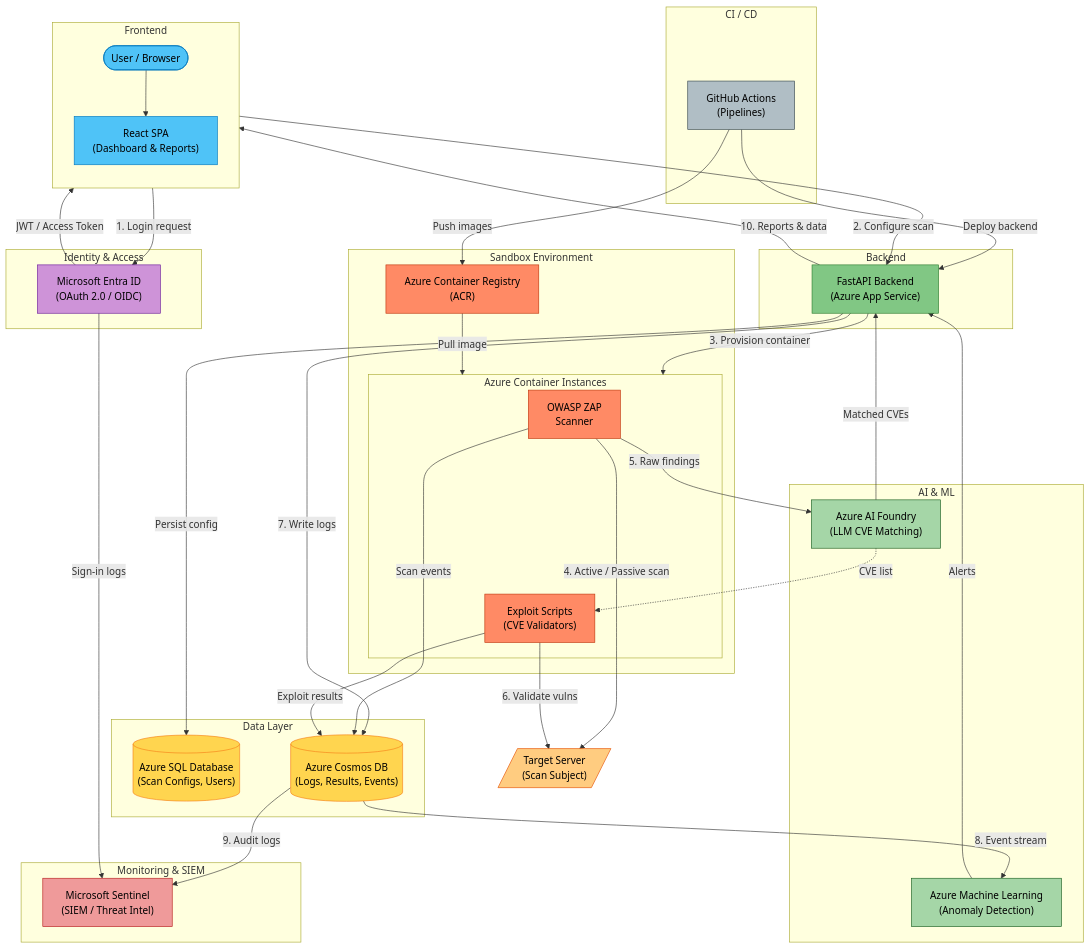
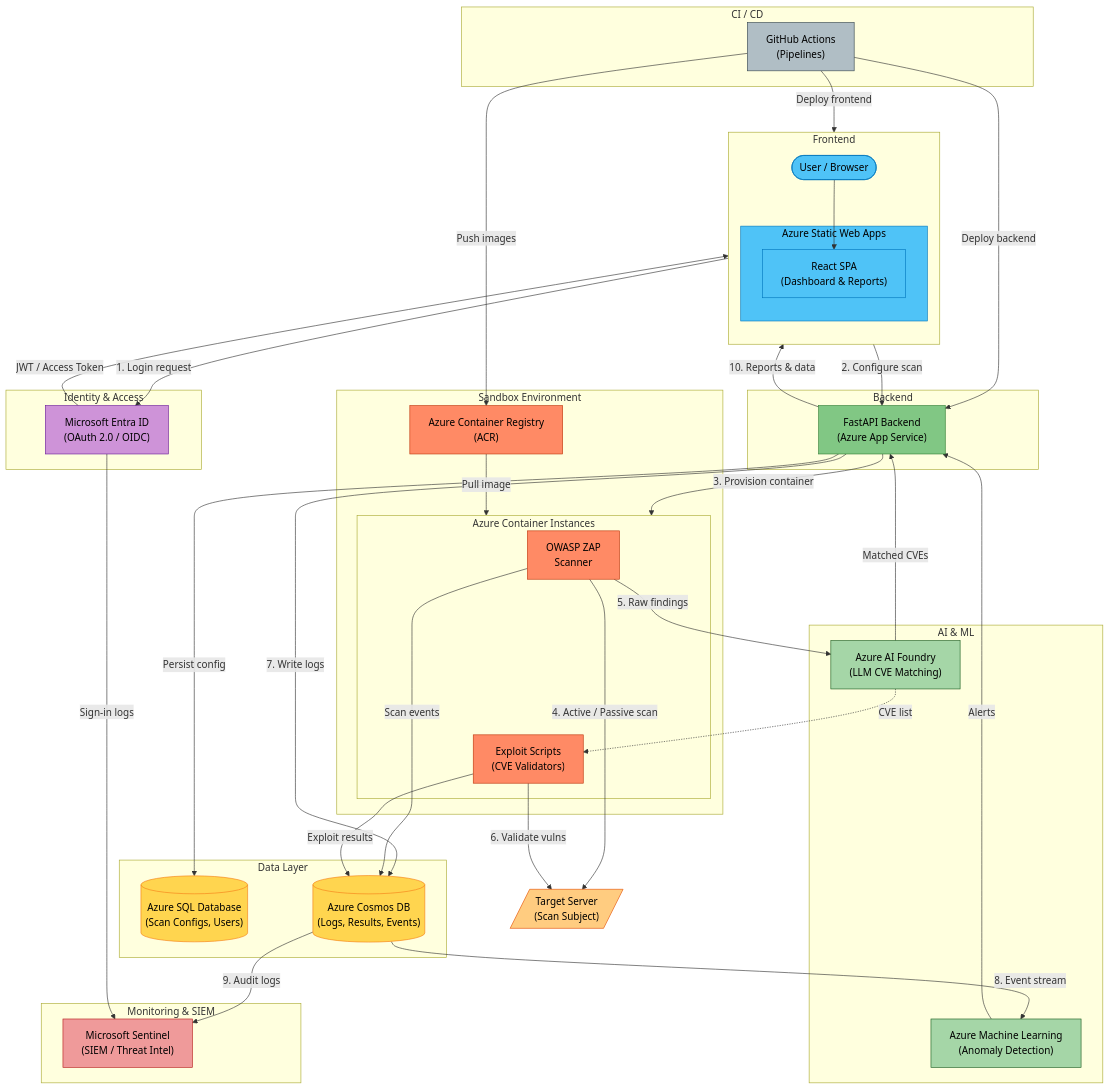
The first of 2 diagrams in architecture.md (Tomer-Raz/cyber-sandbox-hit), drawn with Mermaid before and after one commit. The commit also changed 14 other files, not shown here.

Commit message:
updated architecture and claude skills and agents

```diff
--- a/architecture.md
+++ b/architecture.md
@@ -10,7 +10,9 @@
     subgraph FRONTEND["Frontend"]
         direction TB
         USER(["User / Browser"])
-        REACT["React SPA<br/>(Dashboard & Reports)"]
+        subgraph SWA["Azure Static Web Apps"]
+            REACT["React SPA<br/>(Dashboard & Reports)"]
+        end
         USER --> REACT
     end
 
@@ -119,6 +121,7 @@
 
     %% CI/CD deployments
     DEVOPS -- "Deploy backend" --> FASTAPI
+    DEVOPS -- "Deploy frontend" --> SWA
     DEVOPS -- "Push images" --> ACR
 
     %% ═══════════════════════════════════════════════
@@ -134,7 +137,7 @@
     classDef cicdStyle fill:#B0BEC5,stroke:#37474F,color:#000
     classDef targetStyle fill:#FFCC80,stroke:#E65100,color:#000
 
-    class USER,REACT frontendStyle
+    class USER,REACT,SWA frontendStyle
     class ENTRA identityStyle
     class FASTAPI backendStyle
     class SQLDB,COSMOS dataStyle
```
